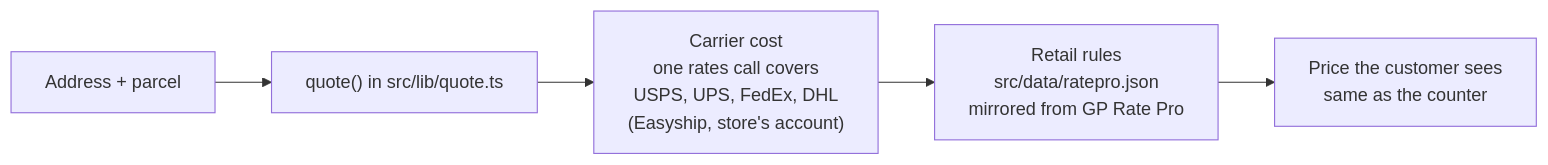
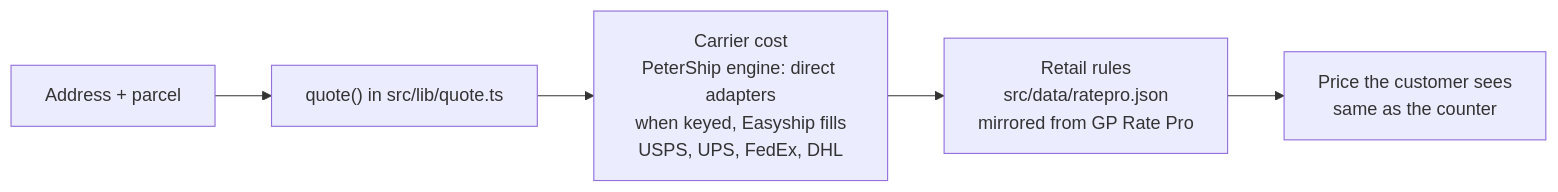
One commit to wbp318/goin-postal-forsythe changed the second of 4 diagrams in site/README.md. Above: the diagram before and after it, drawn with Mermaid. The commit also changed other lines of this file and 6 other files, not shown here.

First line of the commit message:
Docs and licenses caught up with PeterShip v1.17 to v1.20

````diff
--- a/site/README.md
+++ b/site/README.md
@@ -63,7 +68,7 @@
 ```mermaid
 flowchart LR
   A["Address + parcel"] --> Q["quote() in src/lib/quote.ts"]
-  Q --> C["Carrier cost<br/>one rates call covers<br/>USPS, UPS, FedEx, DHL<br/>(Easyship, store's account)"]
+  Q --> C["Carrier cost<br/>PeterShip engine: direct adapters<br/>when keyed, Easyship fills<br/>USPS, UPS, FedEx, DHL"]
   C --> P["Retail rules<br/>src/data/ratepro.json<br/>mirrored from GP Rate Pro"]
   P --> R["Price the customer sees<br/>same as the counter"]
 ```
````
